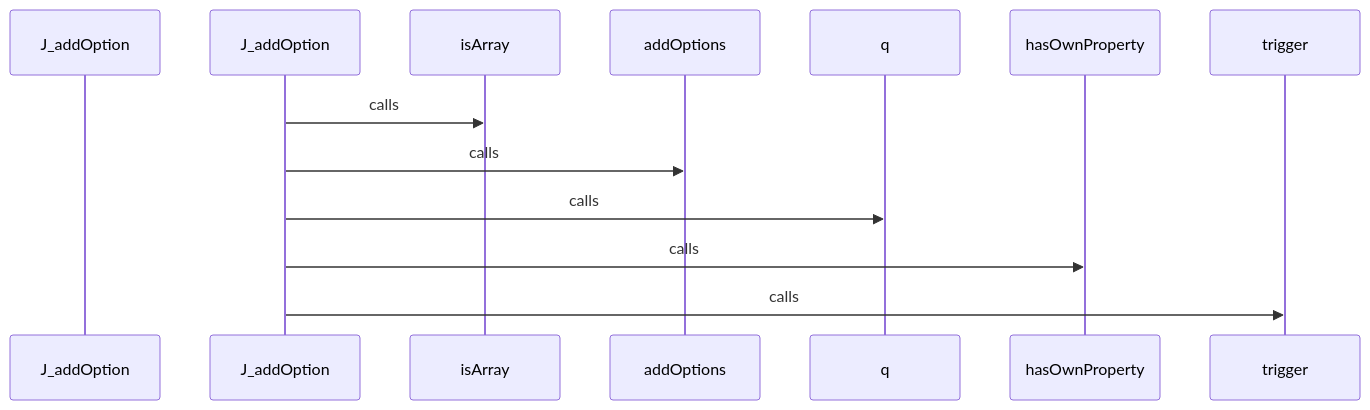
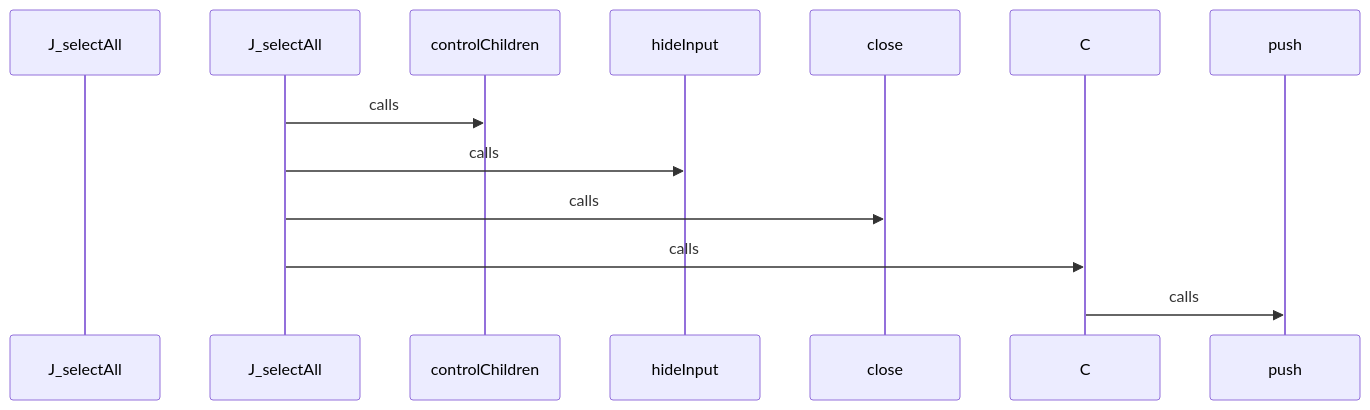
One commit to hazalkoom/DECODEx01 changed diagram 21 of 27 in docs/CALL_FLOW.md. Above: the diagram before and after it, drawn with Mermaid. The commit also changed other lines of this file and 8 other files, not shown here.

````diff
--- a/docs/CALL_FLOW.md
+++ b/docs/CALL_FLOW.md
@@ -745,25 +857,25 @@
 ```mermaid
 sequenceDiagram
-    participant Start as J_addOption
+    participant Start as J_selectAll
 
 
-    J_addOption->>isArray: calls
+    J_selectAll->>controlChildren: calls
 
 
 
-    J_addOption->>addOptions: calls
+    J_selectAll->>hideInput: calls
 
 
 
-    J_addOption->>q: calls
+    J_selectAll->>close: calls
 
 
 
-    J_addOption->>hasOwnProperty: calls
+    J_selectAll->>C: calls
 
 
 
-    J_addOption->>trigger: calls
+    C->>push: calls
 
 
 ```
````
